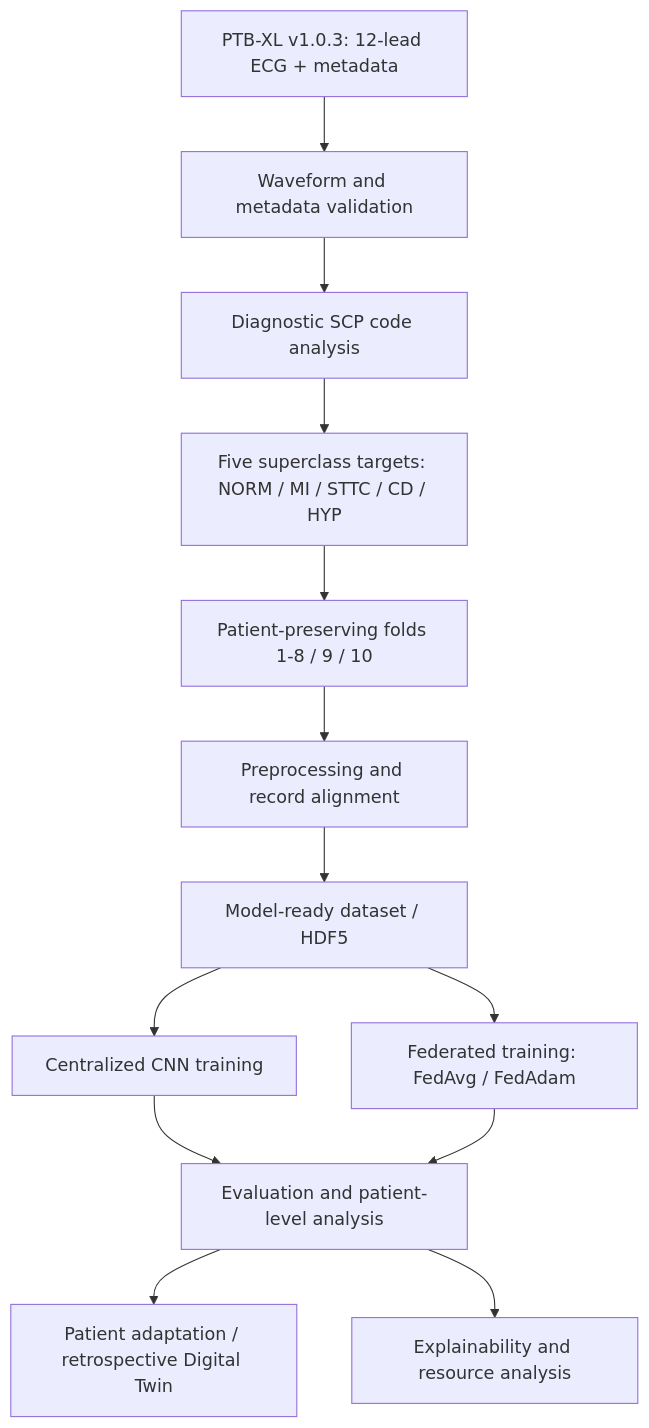
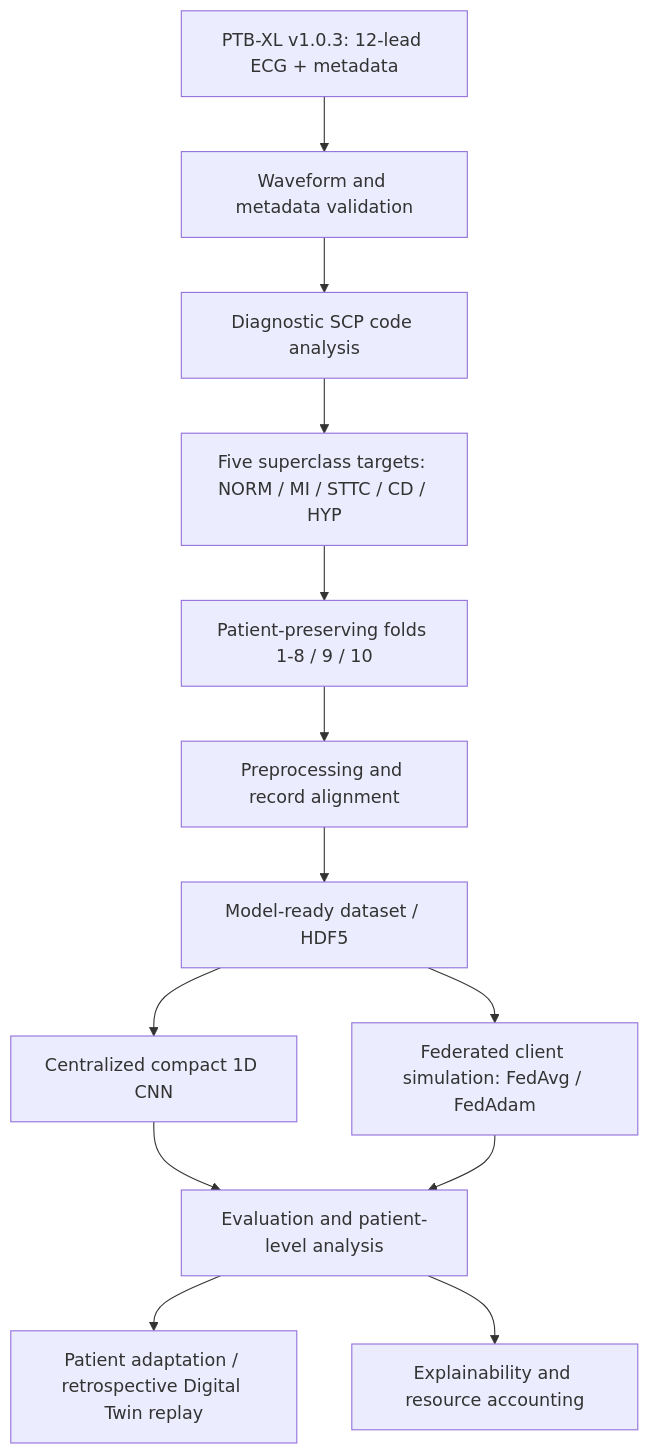
The diagram in docs/ARCHITECTURE.md (shravanchandra-research/explainable-federated-digital-twin-ecg), drawn with Mermaid before and after one commit. The commit also changed other lines of this file, not shown here.

Commit message:
docs: align architecture map with deposited reference package

````diff
--- a/docs/ARCHITECTURE.md
+++ b/docs/ARCHITECTURE.md
@@ -5,15 +5,15 @@
 ```mermaid
 flowchart TD
   A[PTB-XL v1.0.3: 12-lead ECG + metadata] --> B[Waveform and metadata validation]
   B --> C[Diagnostic SCP code analysis]
   C --> D[Five superclass targets: NORM / MI / STTC / CD / HYP]
   D --> E[Patient-preserving folds 1-8 / 9 / 10]
   E --> F[Preprocessing and record alignment]
   F --> G[Model-ready dataset / HDF5]
-  G --> H[Centralized CNN training]
-  G --> I[Federated training: FedAvg / FedAdam]
+  G --> H[Centralized compact 1D CNN]
+  G --> I[Federated client simulation: FedAvg / FedAdam]
   H --> J[Evaluation and patient-level analysis]
   I --> J
-  J --> K[Patient adaptation / retrospective Digital Twin]
-  J --> L[Explainability and resource analysis]
+  J --> K[Patient adaptation / retrospective Digital Twin replay]
+  J --> L[Explainability and resource accounting]
 ```
````
